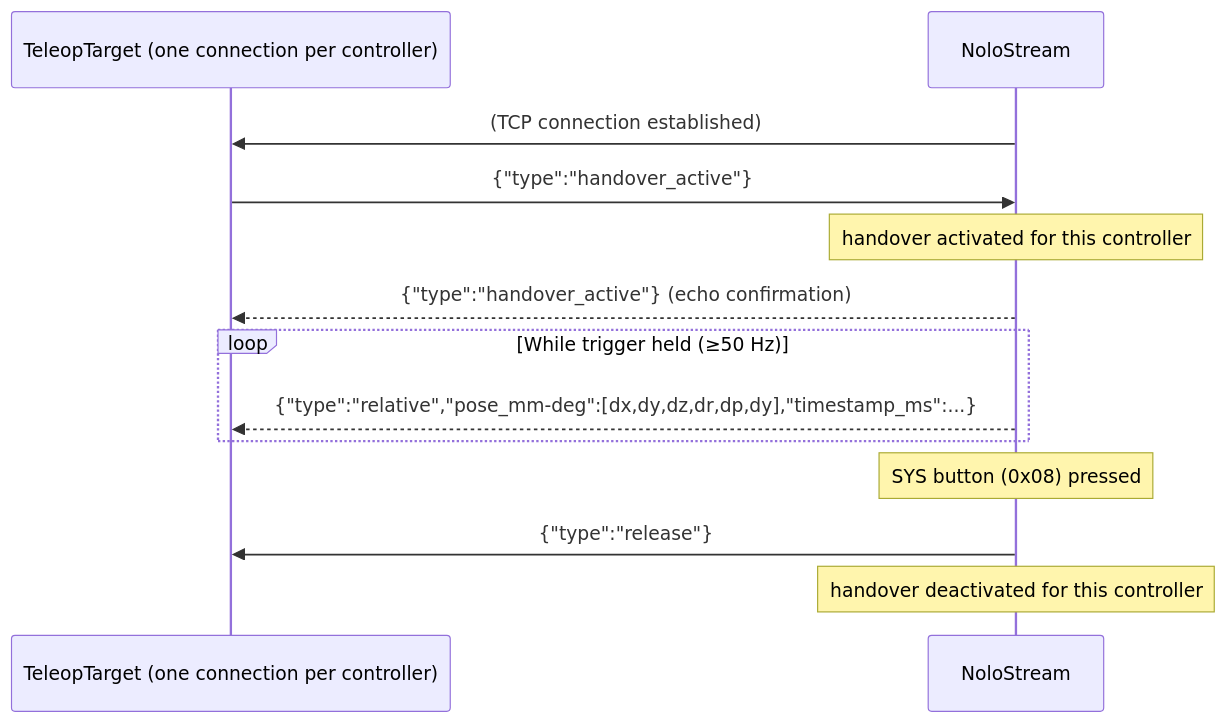
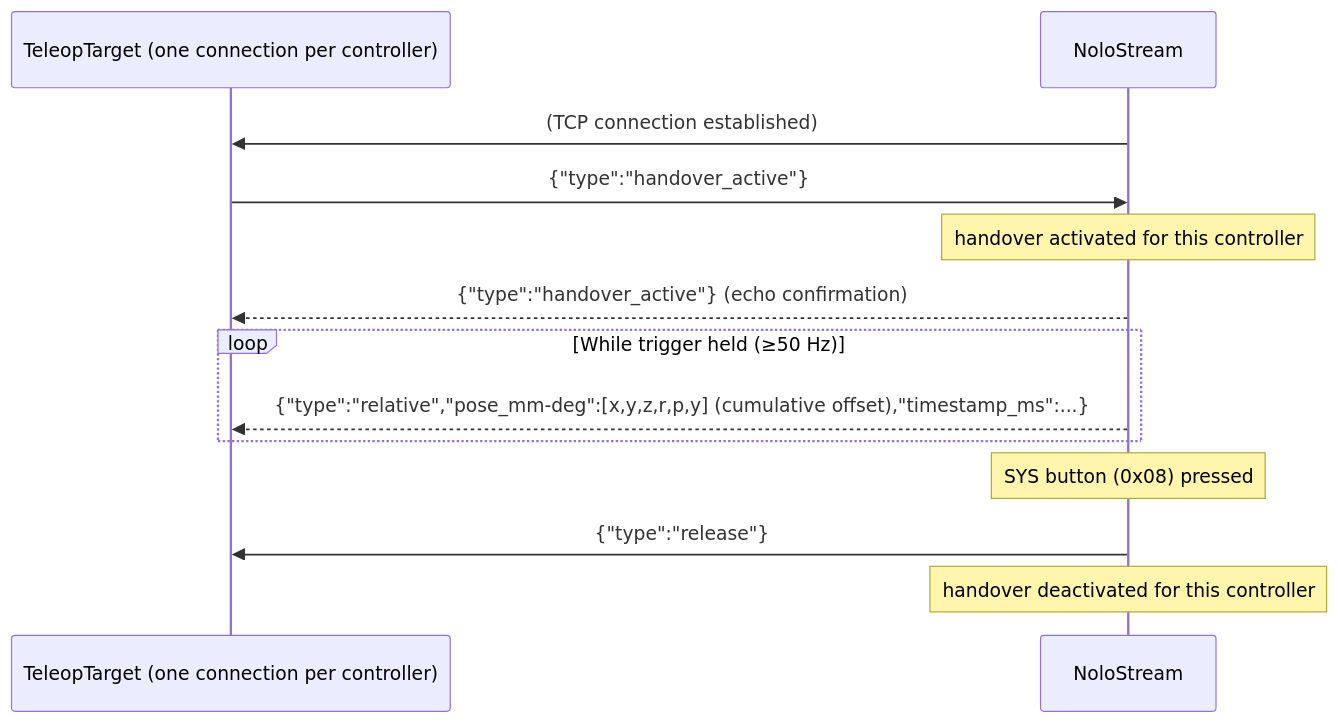
Before and after one commit to DionHo/nolo-stream: the diagram in docs/teleop.md, drawn with Mermaid. The commit also changed other lines of this file and 7 other files, not shown here.

````diff
--- a/docs/teleop.md
+++ b/docs/teleop.md
@@ -87,18 +89,18 @@
 ```mermaid
 sequenceDiagram
     participant T as TeleopTarget (one connection per controller)
     participant N as NoloStream
 
     N->>T: (TCP connection established)
     T->>N: {"type":"handover_active"}
     Note over N: handover activated for this controller
     N-->>T: {"type":"handover_active"}  (echo confirmation)
 
     loop While trigger held (≥50 Hz)
-        N-->>T: {"type":"relative","pose_mm-deg":[dx,dy,dz,dr,dp,dy],"timestamp_ms":...}
+        N-->>T: {"type":"relative","pose_mm-deg":[x,y,z,r,p,y] (cumulative offset),"timestamp_ms":...}
     end
 
     Note over N: SYS button (0x08) pressed
     N->>T: {"type":"release"}
     Note over N: handover deactivated for this controller
 ```
````
